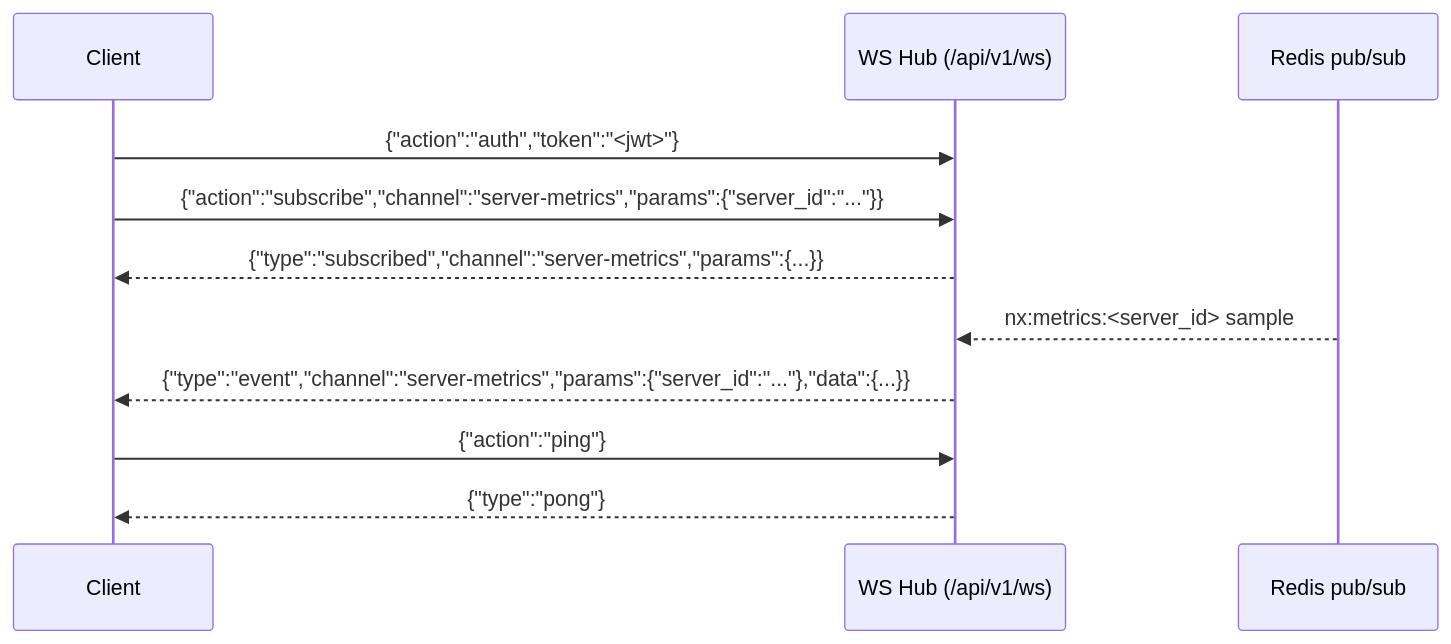
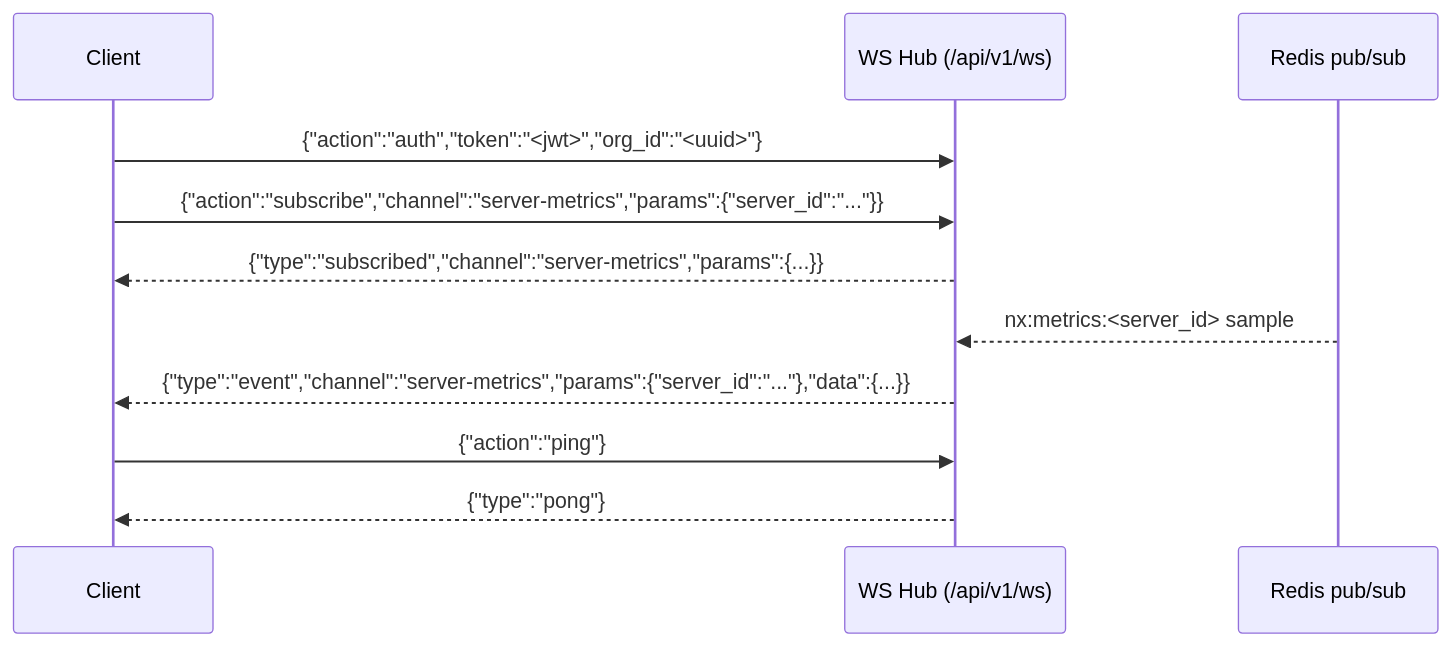
Before and after one commit to emad60/nexusops: the second of 2 diagrams in docs/api.md, drawn with Mermaid. The commit also changed other lines of this file and 17 other files, not shown here.

````diff
--- a/docs/api.md
+++ b/docs/api.md
@@ -349,13 +398,13 @@
 ```mermaid
 sequenceDiagram
     participant C as Client
     participant H as WS Hub (/api/v1/ws)
     participant R as Redis pub/sub
-    C->>H: {"action":"auth","token":"<jwt>"}
+    C->>H: {"action":"auth","token":"<jwt>","org_id":"<uuid>"}
     C->>H: {"action":"subscribe","channel":"server-metrics","params":{"server_id":"..."}}
     H-->>C: {"type":"subscribed","channel":"server-metrics","params":{...}}
     R-->>H: nx:metrics:<server_id> sample
     H-->>C: {"type":"event","channel":"server-metrics","params":{"server_id":"..."},"data":{...}}
     C->>H: {"action":"ping"}
     H-->>C: {"type":"pong"}
 ```
````
